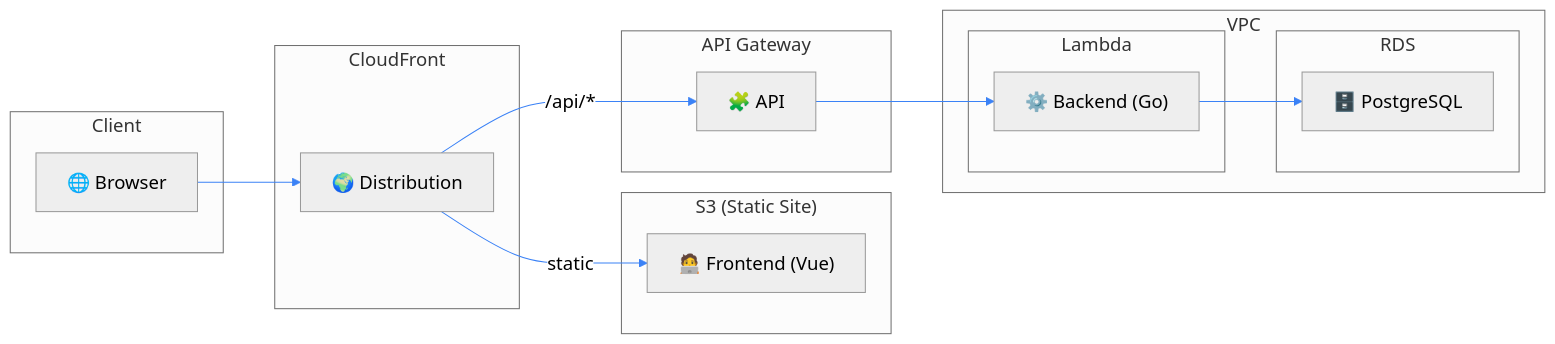
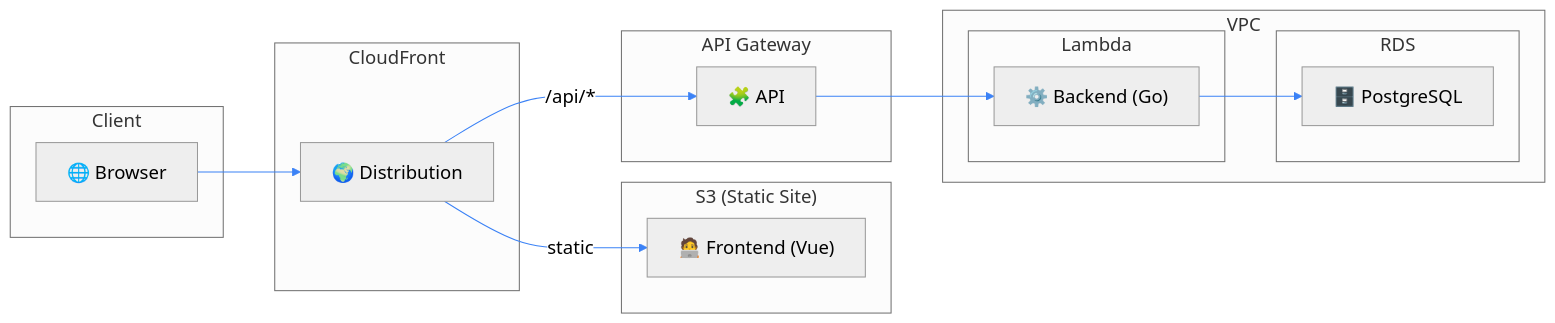
Before and after one commit to santiago-buildit/code-challenge: the diagram in README.md, drawn with Mermaid.

Commit message:
Fix architecture diagram.

````diff
--- a/README.md
+++ b/README.md
@@ -20,51 +20,51 @@
 ```mermaid
 %%{init: {"theme": "neutral", 
 
   "flowchart": {
-    "nodeSpacing": 60
+    "nodeSpacing": 50
   },
 "themeVariables": {
   "primaryColor": "#ffffff",
   "edgeLabelBackground": "#ffffff",
   "primaryTextColor": "#1f2937",
   "primaryBorderColor": "#444444",
   "lineColor": "#3b82f6",
   
   "fontFamily": "Segoe UI, sans-serif",
   "fontSize": "18px",
   "spacing": 90
 }}}%%
 
 flowchart LR
     subgraph CLIENT["Client"]
         User["🌐 Browser"]
     end
 
     subgraph CDN["CloudFront"]
         CF["🌍 Distribution"]
     end
 
     subgraph FRONTEND["S3 (Static Site)"]
         S3["🧑‍💻 Frontend (Vue)"]
     end
 
     subgraph API["API Gateway"]
         APIGW["🧩 API"]
     end
 
     subgraph VPC["VPC"]
         subgraph LAMBDA["Lambda"]
             Lambda["⚙️ Backend (Go)"]
         end
 
         subgraph RDS["RDS"]
             DB["🗄️ PostgreSQL"]
         end
     end
 
     User --> CF
     CF -->|/api/*| APIGW
     CF -->|static| S3
     APIGW --> Lambda
     Lambda --> DB
 ```
````
